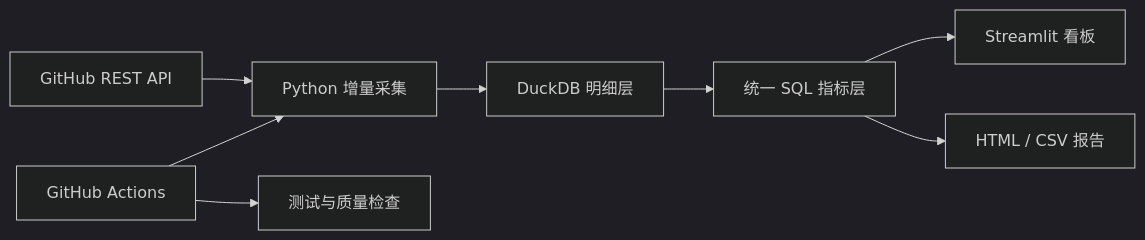
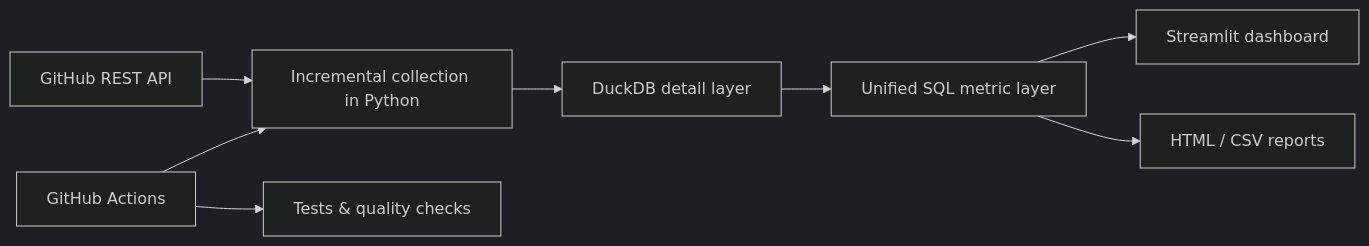
One commit to MeaFew/RepoPulse changed the diagram in README.md. Above: the diagram before and after it, drawn with Mermaid (dark theme). The commit also changed other lines of this file and 1 other file, not shown here.

````diff
--- a/README.md
+++ b/README.md
@@ -99,10 +101,10 @@
 ```mermaid
 flowchart LR
-    A["GitHub REST API"] --> B["Python 增量采集"]
-    B --> C["DuckDB 明细层"]
-    C --> D["统一 SQL 指标层"]
-    D --> E["Streamlit 看板"]
-    D --> F["HTML / CSV 报告"]
+    A["GitHub REST API"] --> B["Incremental collection in Python"]
+    B --> C["DuckDB detail layer"]
+    C --> D["Unified SQL metric layer"]
+    D --> E["Streamlit dashboard"]
+    D --> F["HTML / CSV reports"]
     G["GitHub Actions"] --> B
-    G --> H["测试与质量检查"]
+    G --> H["Tests & quality checks"]
 ```
````
